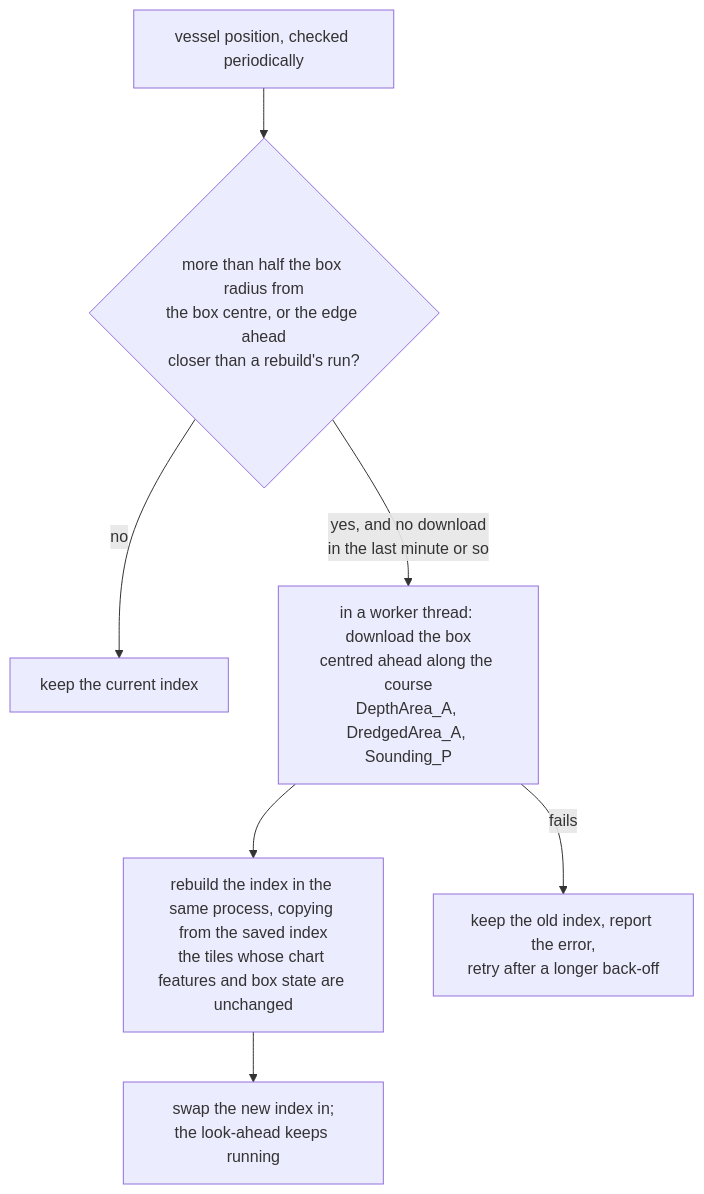
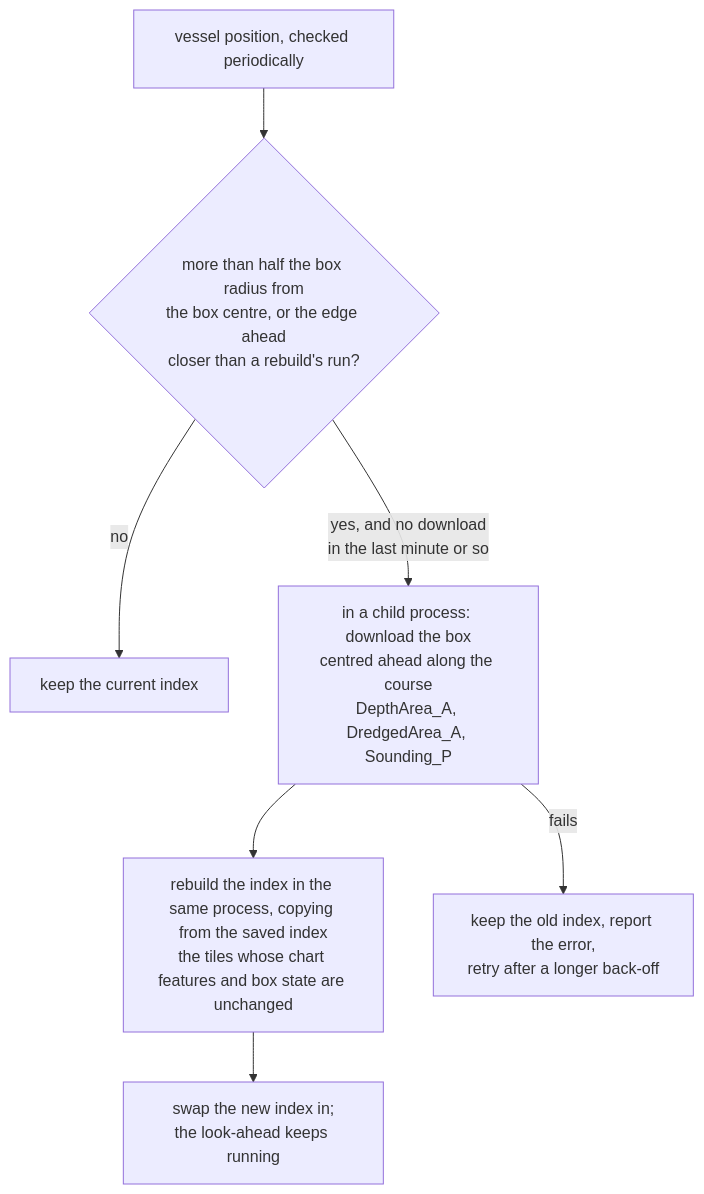
One commit to KEGustafsson/signalk-underkeel changed the sixth of 6 diagrams in docs/HOW-IT-WORKS.md. Above: the diagram before and after it, drawn with Mermaid. The commit also changed other lines of this file and 8 other files, not shown here.

````diff
--- a/docs/HOW-IT-WORKS.md
+++ b/docs/HOW-IT-WORKS.md
@@ -771,9 +778,9 @@
 ```mermaid
 flowchart TD
   P[vessel position, checked periodically] --> D{more than half the box radius from<br/>the box centre, or the edge ahead<br/>closer than a rebuild's run?}
   D -- no --> KEEP[keep the current index]
-  D -- yes, and no download<br/>in the last minute or so --> W[in a worker thread: download the box<br/>centred ahead along the course<br/>DepthArea_A, DredgedArea_A, Sounding_P]
+  D -- yes, and no download<br/>in the last minute or so --> W[in a child process: download the box<br/>centred ahead along the course<br/>DepthArea_A, DredgedArea_A, Sounding_P]
   W --> B[rebuild the index in the same process, copying from the saved index<br/>the tiles whose chart features and box state are unchanged]
   B --> S[swap the new index in;<br/>the look-ahead keeps running]
   W -- fails --> E[keep the old index, report the error,<br/>retry after a longer back-off]
 ```
````
